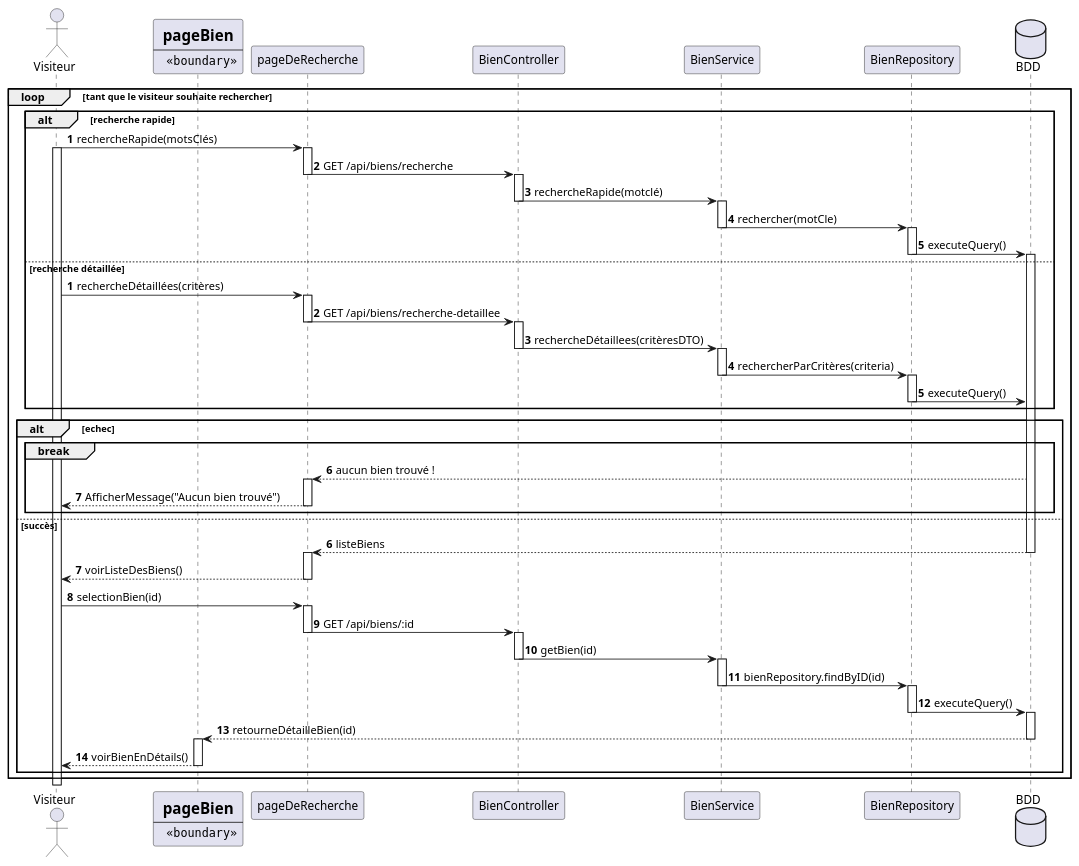
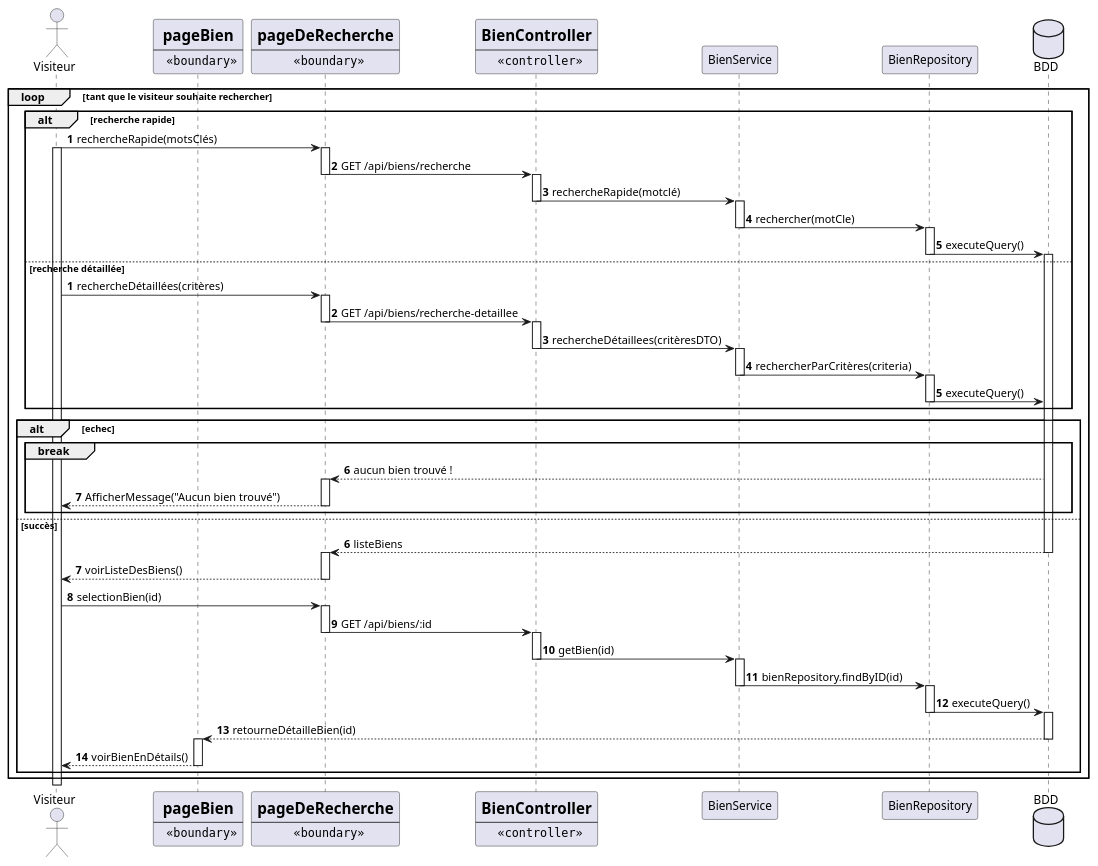
One commit to ruthadorable/ImmoHorizon changed the diagram in uml/sdrecherchercontacter.puml. Above: the diagram before and after it, drawn with PlantUML. The commit also changed 76 other files, not shown here.

```diff
--- a/uml/sdrecherchercontacter.puml
+++ b/uml/sdrecherchercontacter.puml
@@ -1,88 +1,96 @@
 @startuml
 actor Visiteur
 participant pageBien [
     = pageBien
     ----
     "" <<boundary>>""
 ]
-participant pageDeRecherche
-participant BienController
+participant pageDeRecherche [
+    = pageDeRecherche
+    ----
+    "" <<boundary>>""
+]
+participant BienController [
+    = BienController
+    ----
+    "" <<controller>>""
+]
 participant BienService
 participant BienRepository
 database BDD 
 autonumber
 
 loop tant que le visiteur souhaite rechercher
         alt recherche rapide
 
             Visiteur -> pageDeRecherche: rechercheRapide(motsClés)
             activate Visiteur
             activate pageDeRecherche
             pageDeRecherche -> BienController: GET /api/biens/recherche
             deactivate pageDeRecherche
             activate BienController
             BienController -> BienService: rechercheRapide(motclé)
             deactivate BienController
             activate BienService
             BienService -> BienRepository : rechercher(motCle)
             deactivate BienService
             activate BienRepository
             BienRepository-> BDD: executeQuery()
             deactivate BienRepository
             activate BDD
         else recherche détaillée
             autonumber 1
             Visiteur -> pageDeRecherche: rechercheDétaillées(critères)
             activate pageDeRecherche
             pageDeRecherche -> BienController : GET /api/biens/recherche-detaillee
             deactivate pageDeRecherche
             activate BienController
             BienController -> BienService: rechercheDétaillees(critèresDTO)
             deactivate BienController
             activate BienService
             BienService -> BienRepository : rechercherParCritères(criteria)
             deactivate BienService
             activate BienRepository
             BienRepository -> BDD : executeQuery()
             deactivate BienRepository
         end
         alt echec
             break 
             BDD --> pageDeRecherche: aucun bien trouvé !
             activate pageDeRecherche
             pageDeRecherche --> Visiteur : AfficherMessage("Aucun bien trouvé")
             deactivate pageDeRecherche 
             end
 
         else succès
         autonumber 6
             BDD --> pageDeRecherche: listeBiens
             deactivate BDD
             activate pageDeRecherche
             pageDeRecherche --> Visiteur : voirListeDesBiens()
             deactivate pageDeRecherche
             Visiteur -> pageDeRecherche: selectionBien(id)
             activate pageDeRecherche
             pageDeRecherche -> BienController: GET /api/biens/:id
             deactivate pageDeRecherche
             activate BienController
             BienController -> BienService: getBien(id)
             deactivate BienController
             activate BienService
             BienService -> BienRepository : bienRepository.findByID(id)
             deactivate BienService
             activate BienRepository
             BienRepository-> BDD: executeQuery()
             deactivate BienRepository
             activate BDD
             BDD --> pageBien : retourneDétailleBien(id)
             deactivate BDD
             activate pageBien
             pageBien --> Visiteur : voirBienEnDétails()
             deactivate pageBien
 
         end
         
         
 end
 @enduml
```
